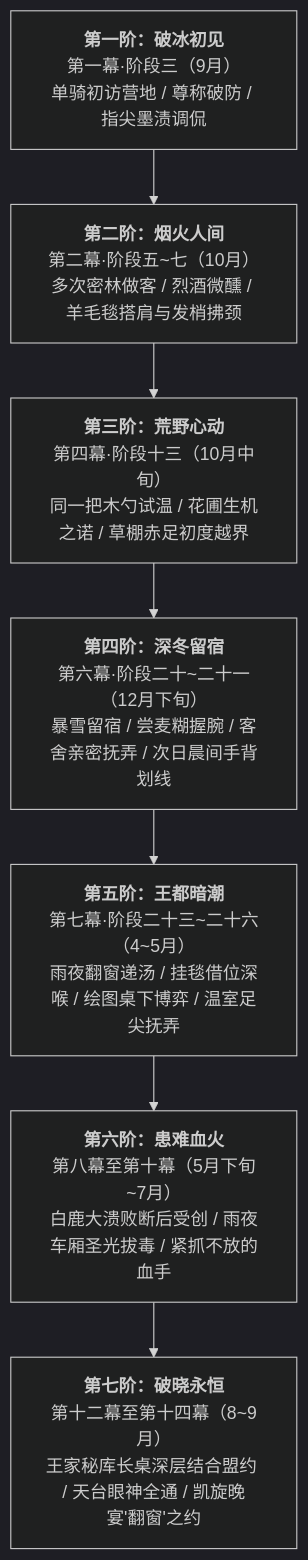
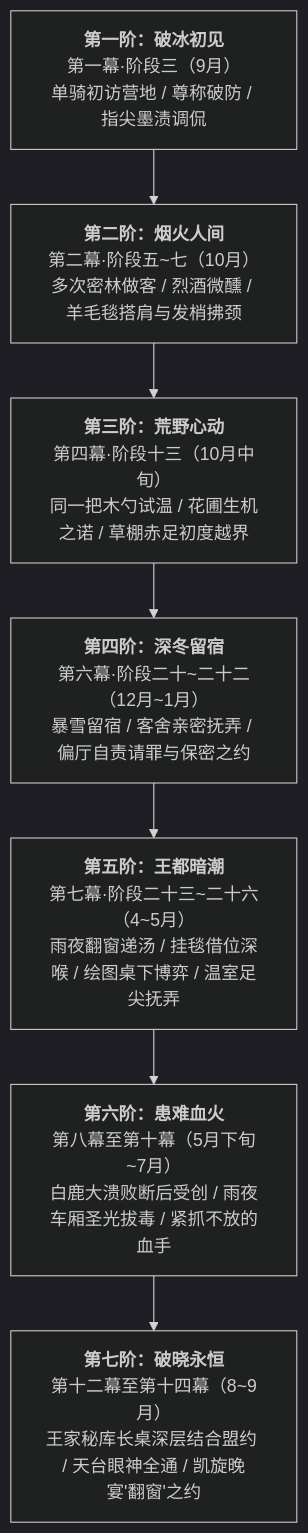
The diagram in 方案/第二部/朱利安NSFW/00_朱利安主线NSFW剧情分布与菲娜关系线总纲.md (soranokiseki1437/eldoria-worldbook), drawn with Mermaid (dark theme) before and after one commit. The commit also changed other lines of this file and 5 other files, not shown here.

````diff
--- a/方案/第二部/朱利安NSFW/00_朱利安主线NSFW剧情分布与菲娜关系线总纲.md
+++ b/方案/第二部/朱利安NSFW/00_朱利安主线NSFW剧情分布与菲娜关系线总纲.md
@@ -61,12 +63,12 @@
 ```mermaid
 graph TD
     S1["<b>第一阶：破冰初见</b><br/>第一幕·阶段三（9月）<br/>单骑初访营地 / 尊称破防 / 指尖墨渍调侃"]
     S2["<b>第二阶：烟火人间</b><br/>第二幕·阶段五~七（10月）<br/>多次密林做客 / 烈酒微醺 / 羊毛毯搭肩与发梢拂颈"]
     S3["<b>第三阶：荒野心动</b><br/>第四幕·阶段十三（10月中旬）<br/>同一把木勺试温 / 花圃生机之诺 / 草棚赤足初度越界"]
-    S4["<b>第四阶：深冬留宿</b><br/>第六幕·阶段二十~二十一（12月下旬）<br/>暴雪留宿 / 尝麦糊握腕 / 客舍亲密抚弄 / 次日晨间手背划线"]
+    S4["<b>第四阶：深冬留宿</b><br/>第六幕·阶段二十~二十二（12月~1月）<br/>暴雪留宿 / 客舍亲密抚弄 / 偏厅自责请罪与保密之约"]
     S5["<b>第五阶：王都暗潮</b><br/>第七幕·阶段二十三~二十六（4~5月）<br/>雨夜翻窗递汤 / 挂毯借位深喉 / 绘图桌下博弈 / 温室足尖抚弄"]
     S6["<b>第六阶：患难血火</b><br/>第八幕至第十幕（5月下旬~7月）<br/>白鹿大溃败断后受创 / 雨夜车厢圣光拔毒 / 紧抓不放的血手"]
     S7["<b>第七阶：破晓永恒</b><br/>第十二幕至第十四幕（8~9月）<br/>王家秘库长桌深层结合盟约 / 天台眼神全通 / 凯旋晚宴'翻窗'之约"]
 
     S1 --> S2 --> S3 --> S4 --> S5 --> S6 --> S7
 ```
````
